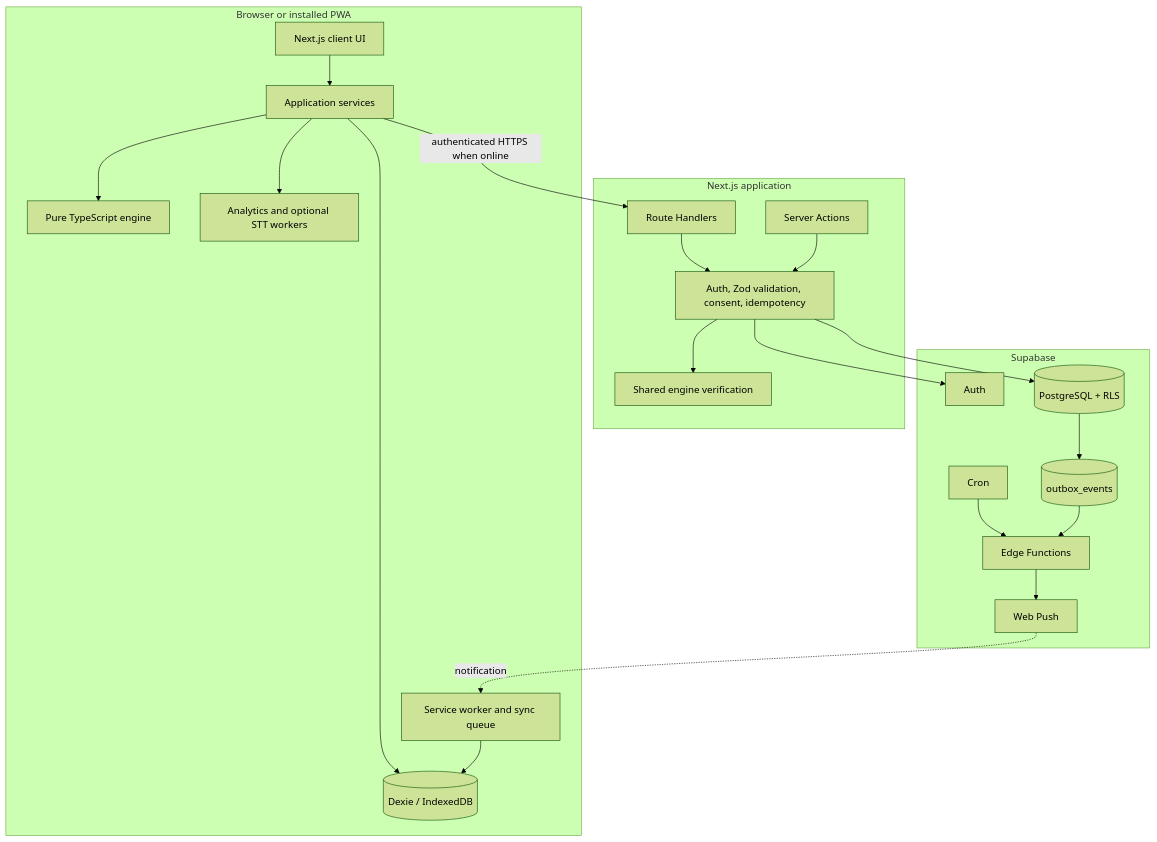
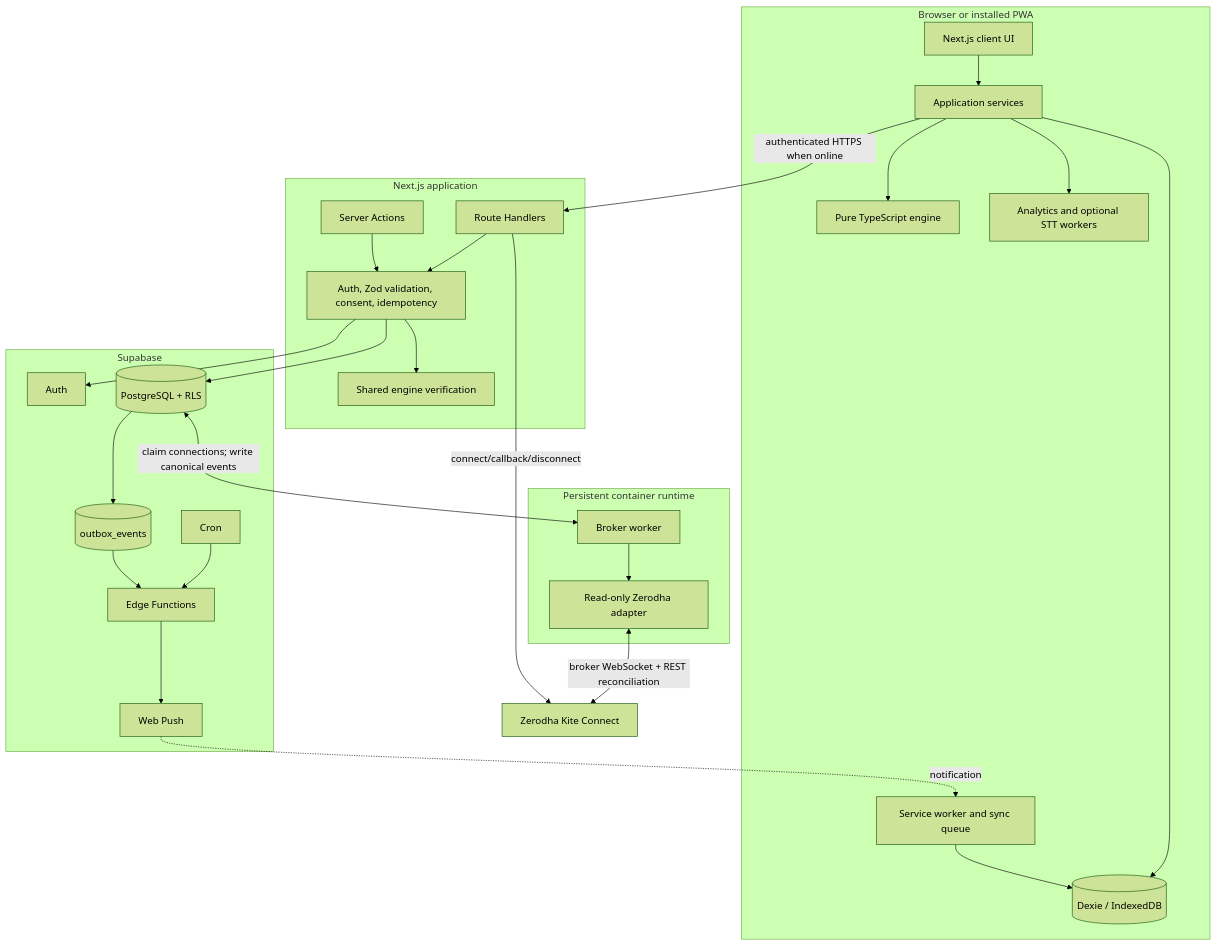
Before and after one commit to shravanib-debug/sangyan: the first of 2 diagrams in ARCHITECTURE.md, drawn with Mermaid (forest theme). The commit also changed other lines of this file and 4 other files, not shown here.

Commit message:
docs: add read-only Zerodha integration architecture

````diff
--- a/ARCHITECTURE.md
+++ b/ARCHITECTURE.md
@@ -61,44 +67,55 @@
 ```mermaid
 flowchart TB
   subgraph Device[Browser or installed PWA]
     UI[Next.js client UI]
     APP[Application services]
     ENG[Pure TypeScript engine]
     IDB[(Dexie / IndexedDB)]
     WK[Analytics and optional STT workers]
     SW[Service worker and sync queue]
     UI --> APP
     APP --> ENG
     APP --> IDB
     APP --> WK
     SW --> IDB
   end
 
   subgraph Next[Next.js application]
     RH[Route Handlers]
     SA[Server Actions]
     AUTHZ[Auth, Zod validation, consent, idempotency]
     SENG[Shared engine verification]
     RH --> AUTHZ
     SA --> AUTHZ
     AUTHZ --> SENG
   end
 
+  subgraph BrokerRuntime[Persistent container runtime]
+    BW[Broker worker]
+    AD[Read-only Zerodha adapter]
+    BW --> AD
+  end
+
+  Z[Zerodha Kite Connect]
+  AD <-->|broker WebSocket + REST reconciliation| Z
+
   subgraph Supabase[Supabase]
     AUTH[Auth]
     PG[(PostgreSQL + RLS)]
     OUT[(outbox_events)]
     EDGE[Edge Functions]
     CRON[Cron]
     PUSH[Web Push]
     CRON --> EDGE
     OUT --> EDGE
     EDGE --> PUSH
   end
 
   APP -->|authenticated HTTPS when online| RH
   AUTHZ --> AUTH
   AUTHZ --> PG
+  RH -->|connect/callback/disconnect| Z
+  PG <-->|claim connections; write canonical events| BW
   PG --> OUT
   PUSH -. notification .-> SW
 ```
````
